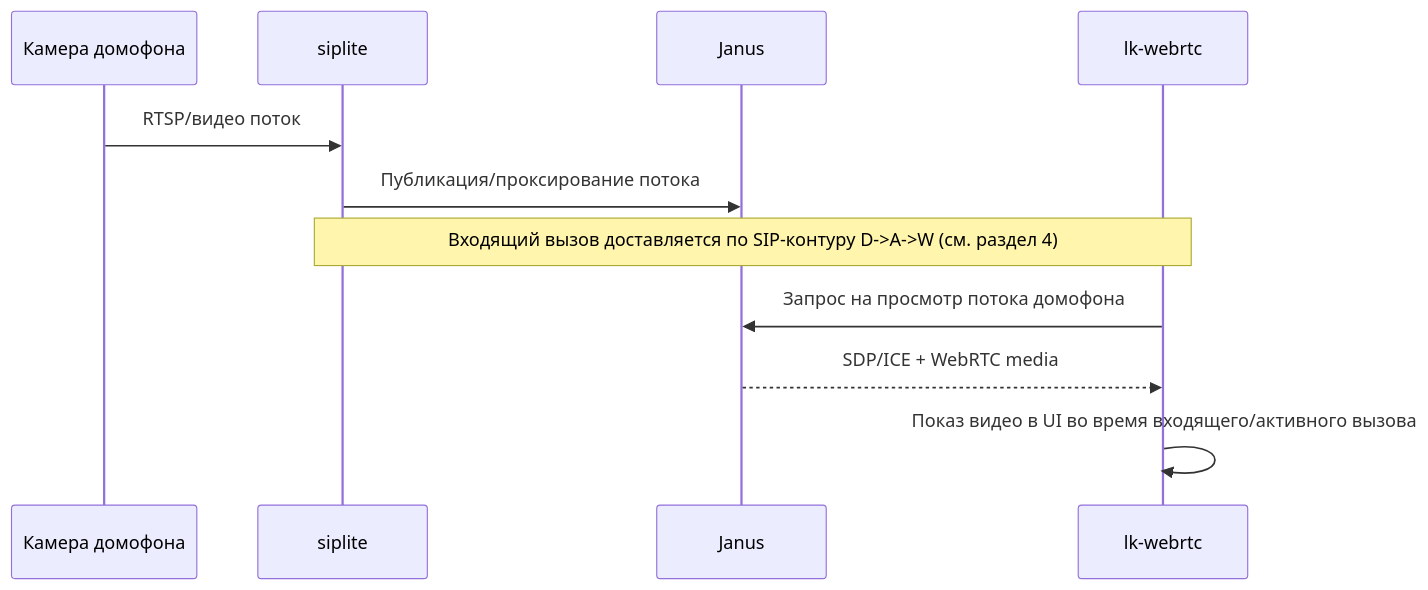
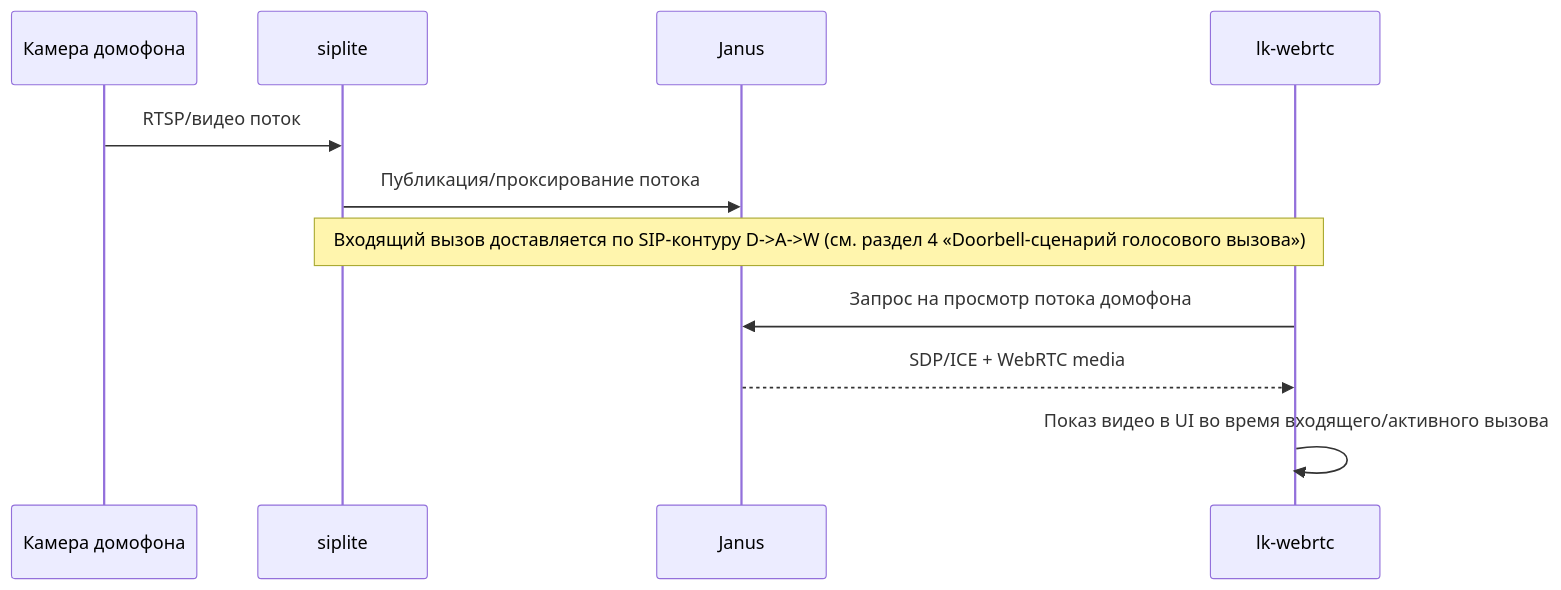
Before and after one commit to OlegLebedevRU/lk-webrtc: the third of 5 diagrams in docs/md/solution-presentation.md, drawn with Mermaid.

Commit message:
docs: improve doorbell scenario cross-reference clarity
Agent-Logs-Url: https://github.com/OlegLebedevRU/lk-webrtc/sessions/9c085f3a-039f-47b1-9cd7-99bd1e04060c

````diff
--- a/docs/md/solution-presentation.md
+++ b/docs/md/solution-presentation.md
@@ -87,14 +87,14 @@
 ```mermaid
 sequenceDiagram
     participant Cam as Камера домофона
     participant D as siplite
     participant J as Janus
     participant W as lk-webrtc
 
     Cam->>D: RTSP/видео поток
     D->>J: Публикация/проксирование потока
-    Note over D,W: Входящий вызов доставляется по SIP-контуру D->A->W (см. раздел 4)
+    Note over D,W: Входящий вызов доставляется по SIP-контуру D->A->W (см. раздел 4 «Doorbell-сценарий голосового вызова»)
     W->>J: Запрос на просмотр потока домофона
     J-->>W: SDP/ICE + WebRTC media
     W->>W: Показ видео в UI во время входящего/активного вызова
 ```
````
